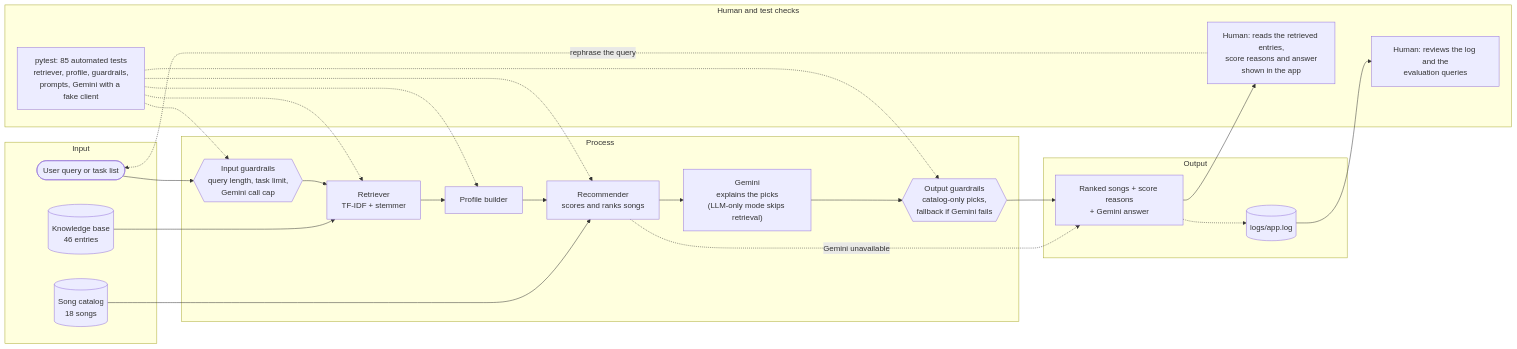
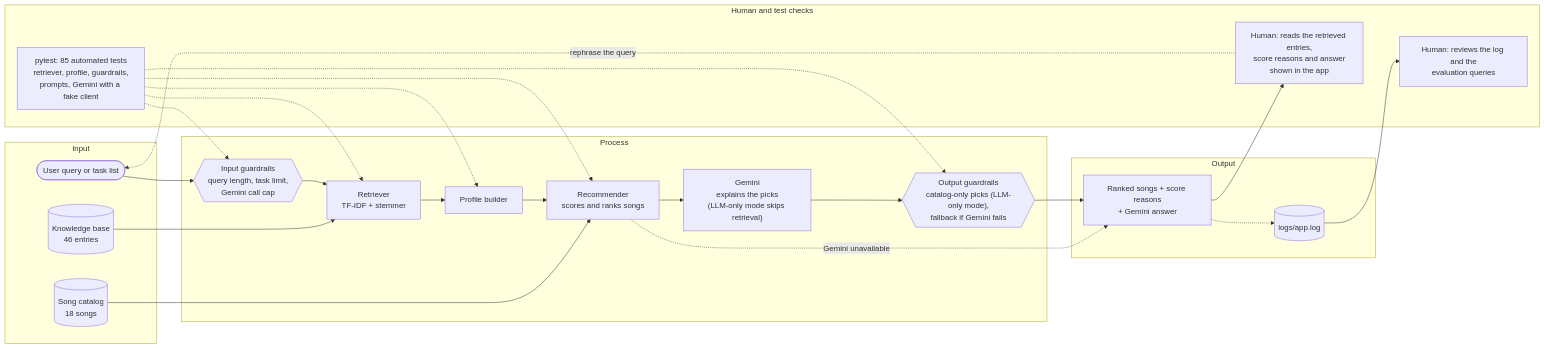
The diagram in diagrams/architecture.mmd (math-ai-21/applied-ai-system-project), drawn with Mermaid before and after one commit. The commit also changed 2 other files, not shown here.

```diff
--- a/diagrams/architecture.mmd
+++ b/diagrams/architecture.mmd
@@ -1,41 +1,41 @@
 flowchart LR
     subgraph Input
         U([User query or task list])
         KB[(Knowledge base<br/>46 entries)]
         SONGS[(Song catalog<br/>18 songs)]
     end
 
     subgraph Process
         G1{{"Input guardrails<br/>query length, task limit,<br/>Gemini call cap"}}
         R["Retriever<br/>TF-IDF + stemmer"]
         P["Profile builder"]
         REC["Recommender<br/>scores and ranks songs"]
         LLM["Gemini<br/>explains the picks<br/>(LLM-only mode skips retrieval)"]
-        G2{{"Output guardrails<br/>catalog-only picks,<br/>fallback if Gemini fails"}}
+        G2{{"Output guardrails<br/>catalog-only picks (LLM-only mode),<br/>fallback if Gemini fails"}}
     end
 
     subgraph Output
         OUT["Ranked songs + score reasons<br/>+ Gemini answer"]
         LOG[("logs/app.log")]
     end
 
     subgraph Checks["Human and test checks"]
         T["pytest: 85 automated tests<br/>retriever, profile, guardrails,<br/>prompts, Gemini with a fake client"]
         H1["Human: reads the retrieved entries,<br/>score reasons and answer<br/>shown in the app"]
         H2["Human: reviews the log and the<br/>evaluation queries"]
     end
 
     U --> G1 --> R
     KB --> R
     R --> P --> REC
     SONGS --> REC
     REC --> LLM --> G2 --> OUT
     REC -. "Gemini unavailable" .-> OUT
     OUT --> H1
     OUT -.-> LOG --> H2
     H1 -. "rephrase the query" .-> U
     T -.-> R
     T -.-> P
     T -.-> REC
     T -.-> G1
     T -.-> G2
```
